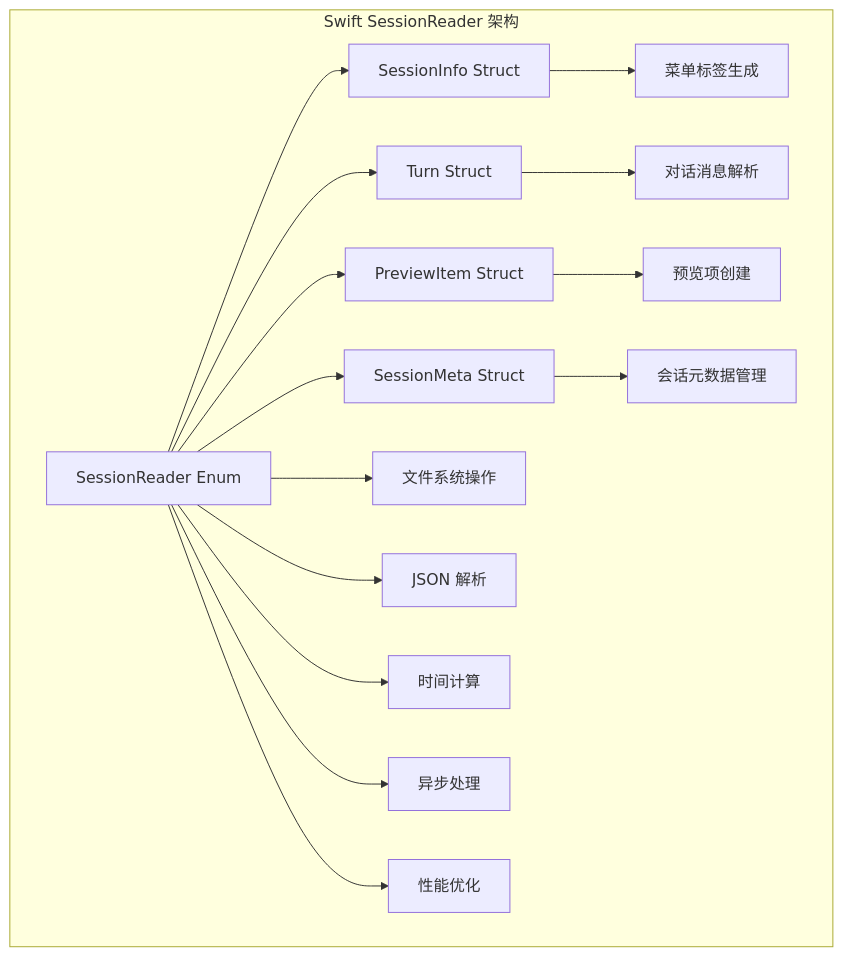
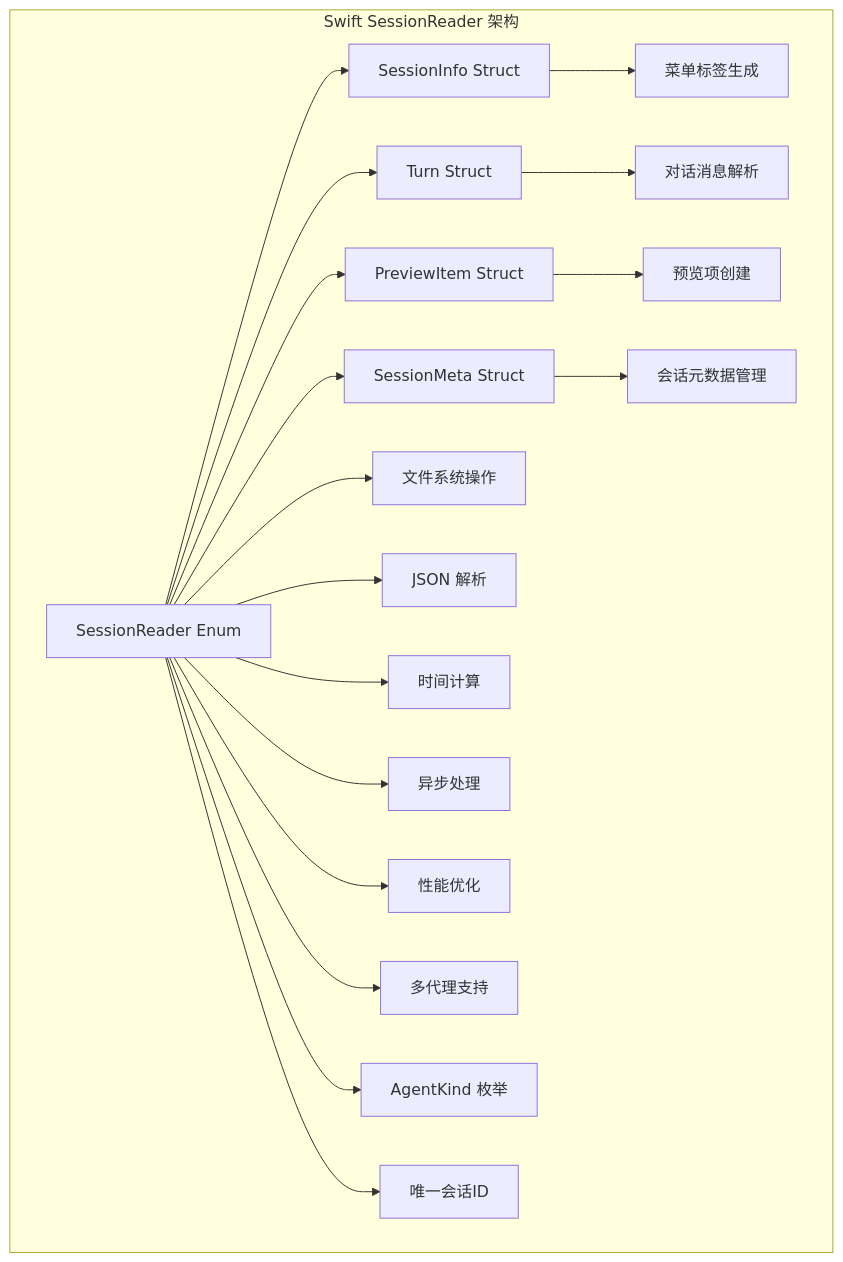
One commit to WyRainBow/PromptCocoPilot changed diagram 20 of 27 in .qoder/repowiki/zh/content/核心架构/会话管理系统.md. Above: the diagram before and after it, drawn with Mermaid. The commit also changed other lines of this file and 54 other files, not shown here.

````diff
--- a/.qoder/repowiki/zh/content/核心架构/会话管理系统.md
+++ b/.qoder/repowiki/zh/content/核心架构/会话管理系统.md
@@ -717,18 +935,21 @@
 ```mermaid
 graph TB
 subgraph "Swift SessionReader 架构"
 A[SessionReader Enum] --> B[SessionInfo Struct]
 A --> C[Turn Struct]
 A --> D[PreviewItem Struct]
 A --> E[SessionMeta Struct]
 B --> F[菜单标签生成]
 C --> G[对话消息解析]
 D --> H[预览项创建]
 E --> I[会话元数据管理]
 A --> J[文件系统操作]
 A --> K[JSON 解析]
 A --> L[时间计算]
 A --> M[异步处理]
 A --> N[性能优化]
+A --> O[多代理支持]
+A --> P[AgentKind 枚举]
+A --> Q[唯一会话ID]
 end
 ```
````
